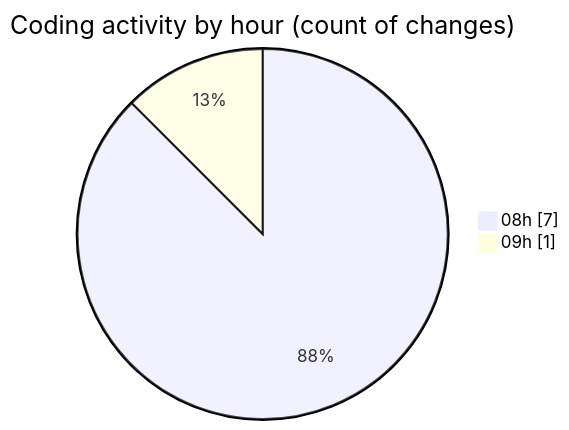
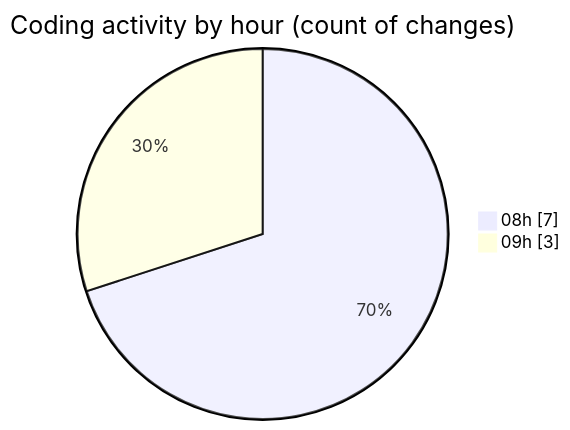
Before and after one commit to NitaiMahat/code-tracking: the second of 2 diagrams in 2025-02-27/coding_prac_8/README.md, drawn with Mermaid. The commit also changed other lines of this file and 1 other file, not shown here.

````diff
--- a/2025-02-27/coding_prac_8/README.md
+++ b/2025-02-27/coding_prac_8/README.md
@@ -29,6 +29,6 @@
 ```mermaid
 pie showData
 title Coding activity by hour (count of changes)
 "08h" : 7
-"09h" : 1
+"09h" : 3
 ```
````
